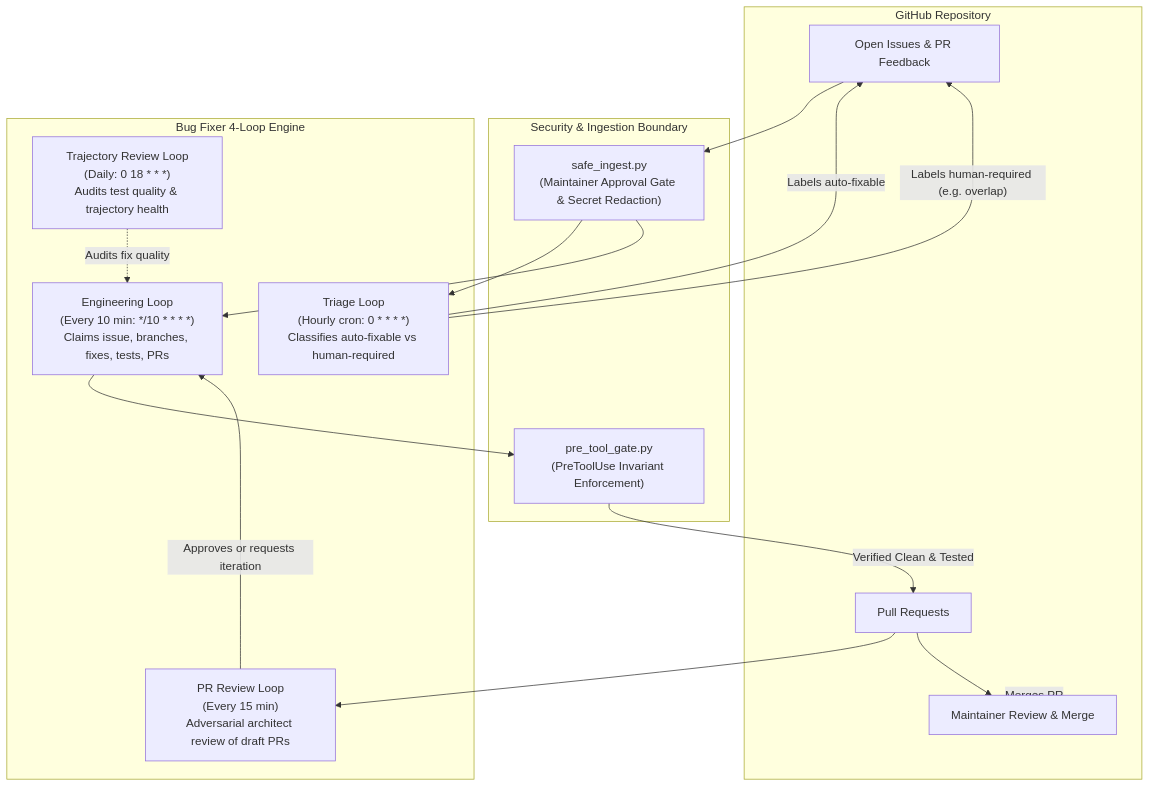
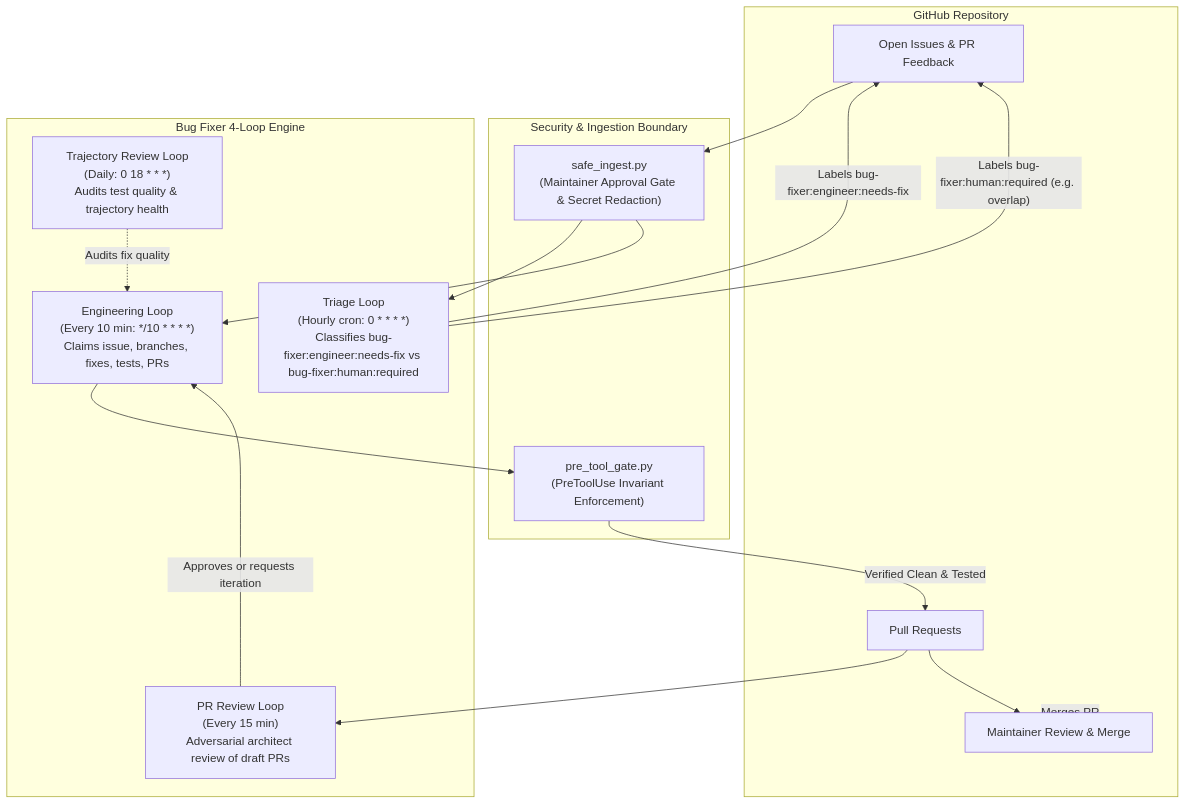
One commit to matthewmcneill/bug-fixer-loop-plugin changed the diagram in README.md. Above: the diagram before and after it, drawn with Mermaid. The commit also changed other lines of this file and 4 other files, not shown here.

````diff
--- a/README.md
+++ b/README.md
@@ -54,33 +54,33 @@
 ```mermaid
 flowchart TD
     subgraph GitHub ["GitHub Repository"]
         Issues["Open Issues & PR Feedback"]
         PRs["Pull Requests"]
         HumanReview["Maintainer Review & Merge"]
     end
 
     subgraph Security ["Security & Ingestion Boundary"]
         SafeIngest["safe_ingest.py\n(Maintainer Approval Gate & Secret Redaction)"]
         PreToolGate["pre_tool_gate.py\n(PreToolUse Invariant Enforcement)"]
     end
 
     subgraph Loops ["Bug Fixer 4-Loop Engine"]
-        TriageSidecar["Triage Loop\n(Hourly cron: 0 * * * *)\nClassifies auto-fixable vs human-required"]
+        TriageSidecar["Triage Loop\n(Hourly cron: 0 * * * *)\nClassifies bug-fixer:engineer:needs-fix vs bug-fixer:human:required"]
         EngineeringSidecar["Engineering Loop\n(Every 10 min: */10 * * * *)\nClaims issue, branches, fixes, tests, PRs"]
         PRReviewSidecar["PR Review Loop\n(Every 15 min)\nAdversarial architect review of draft PRs"]
         TrajectoryReviewSidecar["Trajectory Review Loop\n(Daily: 0 18 * * *)\nAudits test quality & trajectory health"]
     end
 
     Issues --> SafeIngest
     SafeIngest --> TriageSidecar
-    TriageSidecar -- "Labels auto-fixable" --> Issues
-    TriageSidecar -- "Labels human-required (e.g. overlap)" --> Issues
+    TriageSidecar -- "Labels bug-fixer:engineer:needs-fix" --> Issues
+    TriageSidecar -- "Labels bug-fixer:human:required (e.g. overlap)" --> Issues
     SafeIngest --> EngineeringSidecar
     EngineeringSidecar --> PreToolGate
     PreToolGate -- "Verified Clean & Tested" --> PRs
     PRs --> PRReviewSidecar
     PRReviewSidecar -- "Approves or requests iteration" --> EngineeringSidecar
     PRs --> HumanReview
     HumanReview -- "Merges PR" --> GitHub
     TrajectoryReviewSidecar -. "Audits fix quality" .-> EngineeringSidecar
 ```
````
